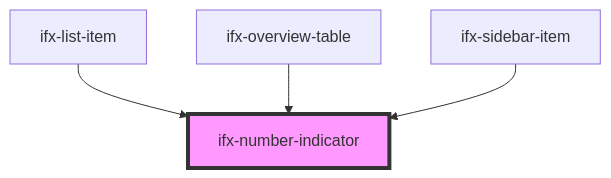
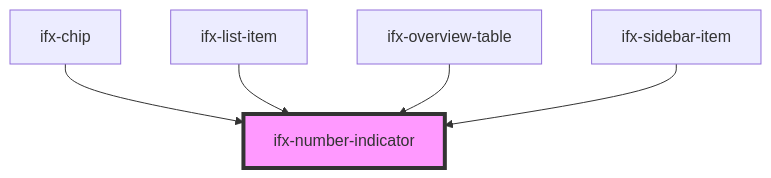
One commit to Infineon/infineon-design-system-stencil changed the diagram in packages/components/src/components/number-indicator/readme.md. Above: the diagram before and after it, drawn with Mermaid. The commit also changed other lines of this file and 12 other files, not shown here.

````diff
--- a/packages/components/src/components/number-indicator/readme.md
+++ b/packages/components/src/components/number-indicator/readme.md
@@ -24,7 +25,8 @@
 ```mermaid
 graph TD;
+  ifx-chip --> ifx-number-indicator
   ifx-list-item --> ifx-number-indicator
   ifx-overview-table --> ifx-number-indicator
   ifx-sidebar-item --> ifx-number-indicator
   style ifx-number-indicator fill:#f9f,stroke:#333,stroke-width:4px
 ```
````
